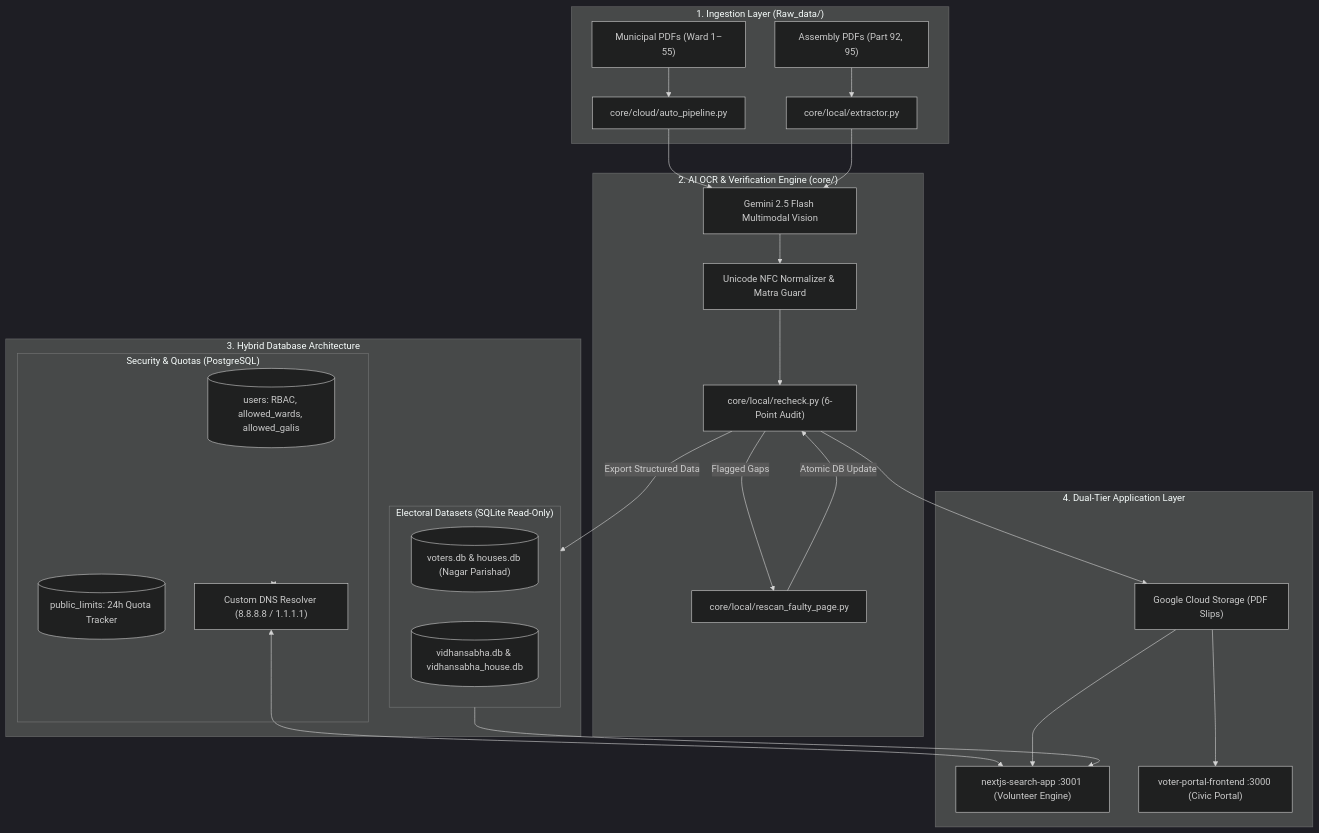
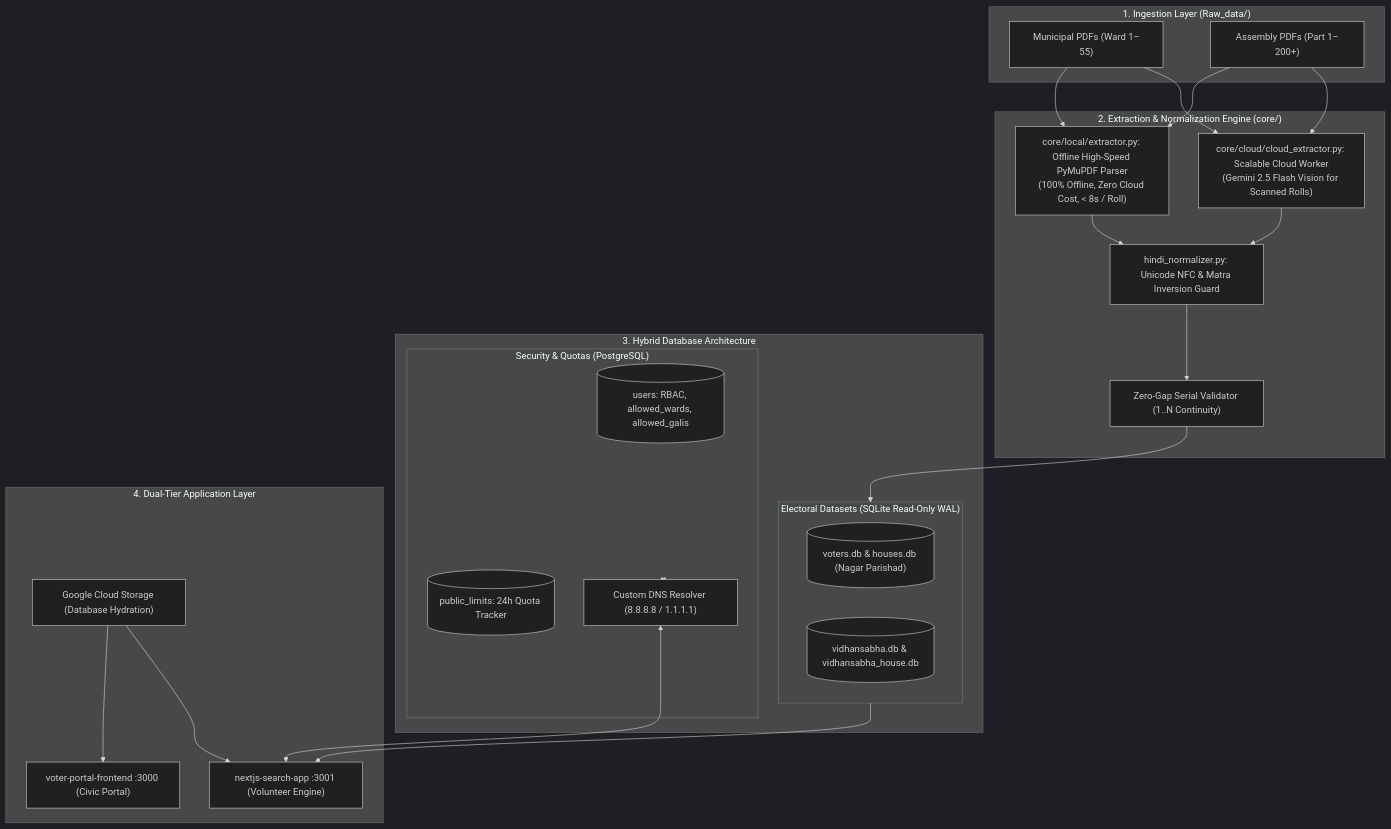
One commit to Shagarwal07/Voter_scrap changed the first of 5 diagrams in docs/ARCHITECTURE.md. Above: the diagram before and after it, drawn with Mermaid (dark theme). The commit also changed other lines of this file and 3 other files, not shown here.

````diff
--- a/docs/ARCHITECTURE.md
+++ b/docs/ARCHITECTURE.md
@@ -13,37 +13,37 @@
 ```mermaid
 flowchart TD
     subgraph Ingestion["1. Ingestion Layer (Raw_data/)"]
-        A1["Municipal PDFs (Ward 1–55)"] --> B1["core/cloud/auto_pipeline.py"]
-        A2["Assembly PDFs (Part 92, 95)"] --> B2["core/local/extractor.py"]
+        A1["Municipal PDFs (Ward 1–55)"]
+        A2["Assembly PDFs (Part 1–200+)"]
     end
 
-    subgraph OCR["2. AI OCR & Verification Engine (core/)"]
-        B1 & B2 --> C["Gemini 2.5 Flash Multimodal Vision"]
-        C --> D["Unicode NFC Normalizer & Matra Guard"]
-        D --> E["core/local/recheck.py (6-Point Audit)"]
-        E -->|Flagged Gaps| F["core/local/rescan_faulty_page.py"]
-        F -->|Atomic DB Update| E
+    subgraph Extraction["2. Extraction & Normalization Engine (core/)"]
+        LOCAL_ENG["core/local/extractor.py: Offline High-Speed PyMuPDF Parser<br/>(100% Offline, Zero Cloud Cost, < 8s / Roll)"]
+        CLOUD_ENG["core/cloud/cloud_extractor.py: Scalable Cloud Worker<br/>(Gemini 2.5 Flash Vision for Scanned Rolls)"]
+        NORMALIZER["hindi_normalizer.py: Unicode NFC & Matra Inversion Guard"]
+        VALIDATOR["Zero-Gap Serial Validator (1..N Continuity)"]
     end
 
     subgraph Persistence["3. Hybrid Database Architecture"]
-        subgraph ReadOnly_SQLite["Electoral Datasets (SQLite Read-Only)"]
+        subgraph ReadOnly_SQLite["Electoral Datasets (SQLite Read-Only WAL)"]
             DB_NP[("voters.db & houses.db (Nagar Parishad)")]
             DB_VS[("vidhansabha.db & vidhansabha_house.db")]
         end
         subgraph Cloud_Postgres["Security & Quotas (PostgreSQL)"]
             PG_USERS[("users: RBAC, allowed_wards, allowed_galis")]
             PG_LIMITS[("public_limits: 24h Quota Tracker")]
             DNS_RESOLVER["Custom DNS Resolver (8.8.8.8 / 1.1.1.1)"]
         end
     end
 
     subgraph Serving["4. Dual-Tier Application Layer"]
         ReadOnly_SQLite --> APP_SEARCH["nextjs-search-app :3001 (Volunteer Engine)"]
         Cloud_Postgres <--> DNS_RESOLVER <--> APP_SEARCH
-        E --> GCS_BUCKET["Google Cloud Storage (PDF Slips)"]
+        GCS_BUCKET["Google Cloud Storage (Database Hydration)"]
         GCS_BUCKET --> APP_CIVIC["voter-portal-frontend :3000 (Civic Portal)"]
         GCS_BUCKET --> APP_SEARCH
     end
 
-    E -->|Export Structured Data| ReadOnly_SQLite
+    A1 & A2 --> LOCAL_ENG & CLOUD_ENG
+    LOCAL_ENG & CLOUD_ENG --> NORMALIZER --> VALIDATOR --> ReadOnly_SQLite
 ```
````
